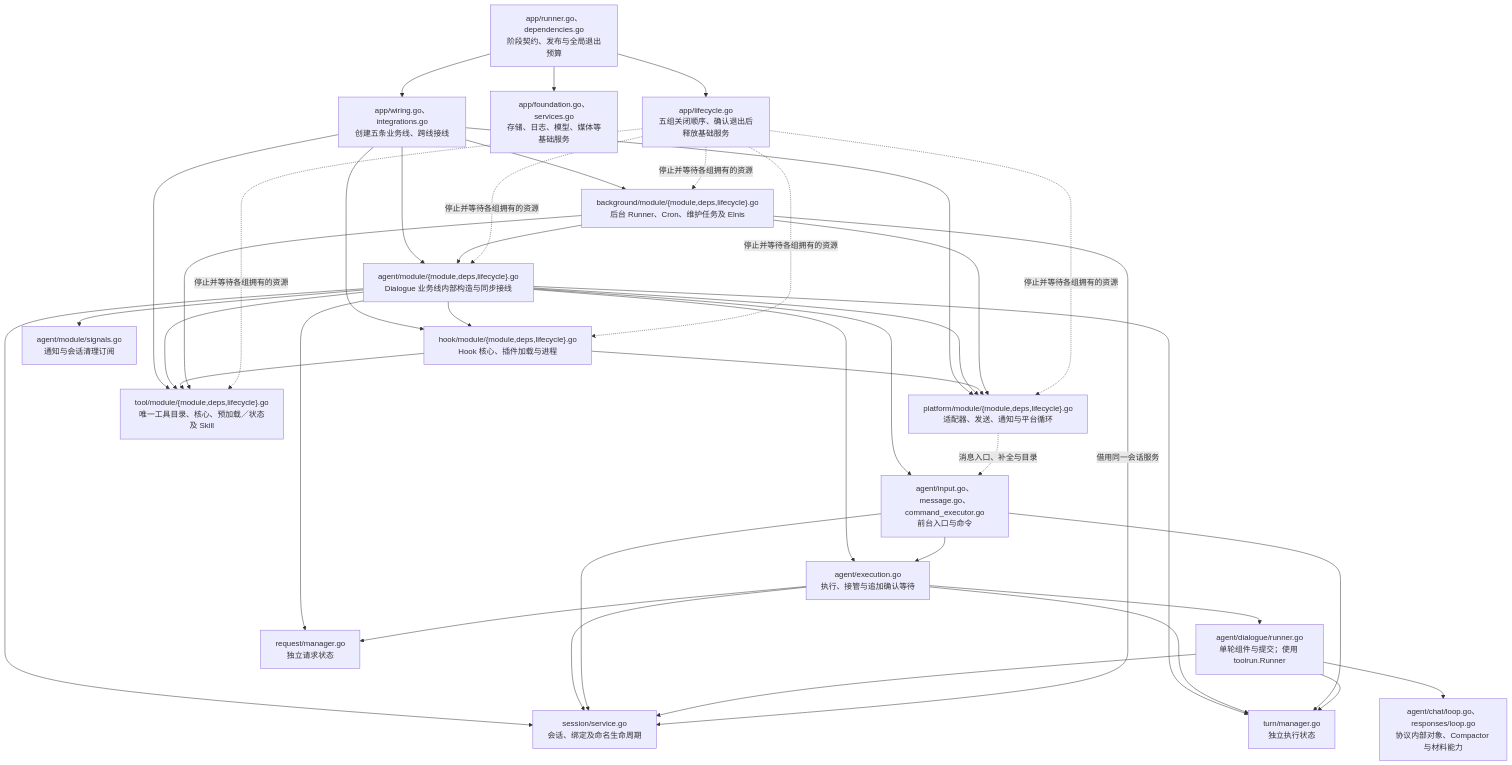
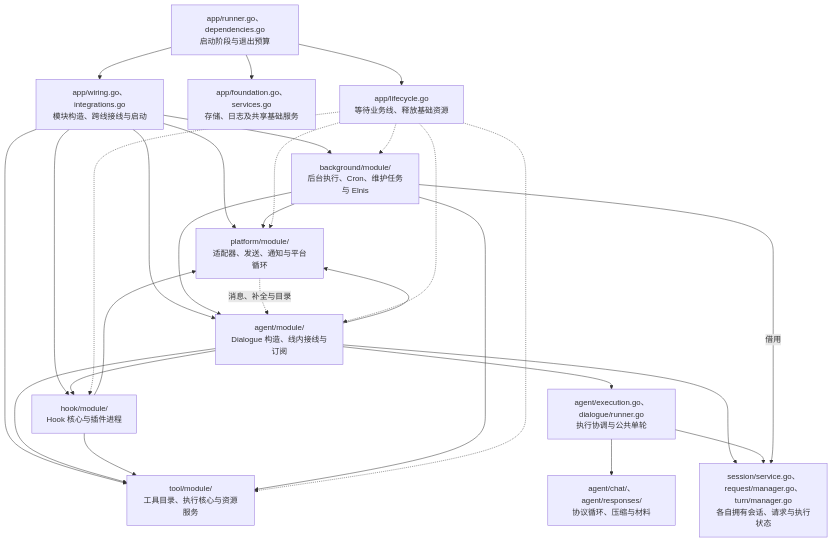
Before and after one commit to Elflare/elbot: the first of 6 diagrams in devdocs/architecture.md, drawn with Mermaid. The commit also changed other lines of this file and 3 other files, not shown here.

````diff
--- a/devdocs/architecture.md
+++ b/devdocs/architecture.md
@@ -31,37 +24,25 @@
 ```mermaid
 flowchart TB
-    A["app/runner.go、dependencies.go<br/>阶段契约、发布与全局退出预算"]
-    W["app/wiring.go、integrations.go<br/>创建五条业务线、跨线接线"]
-    F["app/foundation.go、services.go<br/>存储、日志、模型、媒体等基础服务"]
-    L["app/lifecycle.go<br/>五组关闭顺序、确认退出后释放基础服务"]
-    P["platform/module/{module,deps,lifecycle}.go<br/>适配器、发送、通知与平台循环"]
-    T["tool/module/{module,deps,lifecycle}.go<br/>唯一工具目录、核心、预加载／状态及 Skill"]
-    H["hook/module/{module,deps,lifecycle}.go<br/>Hook 核心、插件加载与进程"]
-    D["agent/module/{module,deps,lifecycle}.go<br/>Dialogue 业务线内部构造与同步接线"]
-    B["background/module/{module,deps,lifecycle}.go<br/>后台 Runner、Cron、维护任务及 Elnis"]
-    I["agent/input.go、message.go、command_executor.go<br/>前台入口与命令"]
-    E["agent/execution.go<br/>执行、接管与追加确认等待"]
-    R["agent/dialogue/runner.go<br/>单轮组件与提交；使用 toolrun.Runner"]
-    Q["agent/chat/loop.go、responses/loop.go<br/>协议内部对象、Compactor 与材料能力"]
-    S["session/service.go<br/>会话、绑定及命名生命周期"]
-    RE["request/manager.go<br/>独立请求状态"]
-    TU["turn/manager.go<br/>独立执行状态"]
-    O["agent/module/signals.go<br/>通知与会话清理订阅"]
-    A --> W
-    A --> F
-    A --> L
+    A["app/runner.go、dependencies.go<br/>启动阶段与退出预算"]
+    W["app/wiring.go、integrations.go<br/>模块构造、跨线接线与启动"]
+    F["app/foundation.go、services.go<br/>存储、日志及共享基础服务"]
+    L["app/lifecycle.go<br/>等待业务线、释放基础资源"]
+    P["platform/module/<br/>适配器、发送、通知与平台循环"]
+    T["tool/module/<br/>工具目录、执行核心与资源服务"]
+    H["hook/module/<br/>Hook 核心与插件进程"]
+    D["agent/module/<br/>Dialogue 构造、线内接线与订阅"]
+    B["background/module/<br/>后台执行、Cron、维护任务与 Elnis"]
+    E["agent/execution.go、dialogue/runner.go<br/>执行协调与公共单轮"]
+    Q["agent/chat/、agent/responses/<br/>协议循环、压缩与材料"]
+    S["session/service.go、request/manager.go、turn/manager.go<br/>各自拥有会话、请求与执行状态"]
+    A --> F & W & L
     W --> P & T & H & D & B
     D --> T & H & P
     H --> T & P
     B --> D & T & P
-    D --> I & E & S & RE & TU & O
-    I --> E
-    E --> R
-    E --> S & RE & TU
-    I --> S & TU
-    R --> S & TU
-    R --> Q
-    B -->|借用同一会话服务| S
-    P -.->|消息入口、补全与目录| I
-    L -.->|停止并等待各组拥有的资源| P & B & D & H & T
+    D --> E & S
+    E --> Q & S
+    B -->|借用| S
+    P -.->|消息、补全与目录| D
+    L -.-> P & B & D & H & T
 ```
````
